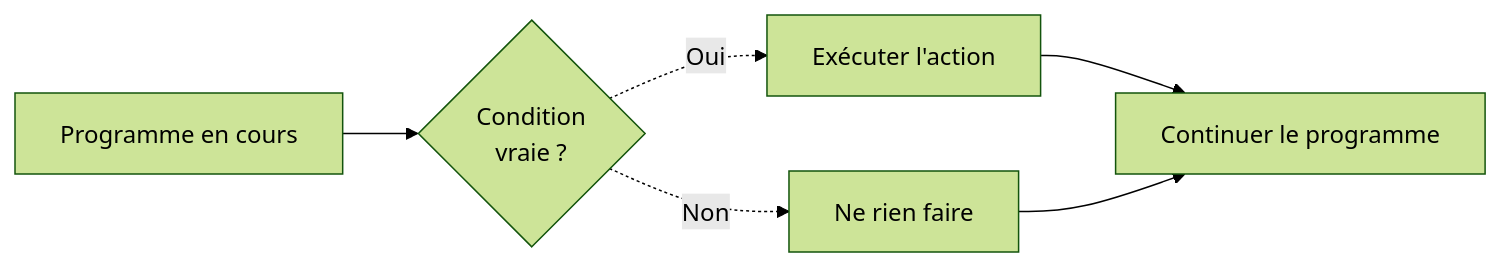
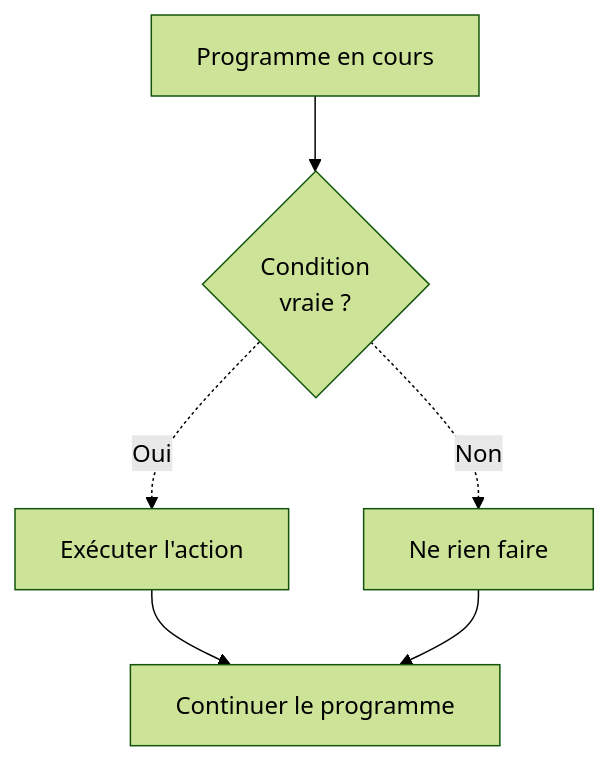
Before and after one commit to zyrass/omnydocs: the first of 3 diagrams in docs/bases/fondamentaux/logique-conditionnelle.md, drawn with Mermaid (forest theme). The commit also changed other lines of this file and 36 other files, not shown here.

````diff
--- a/docs/bases/fondamentaux/logique-conditionnelle.md
+++ b/docs/bases/fondamentaux/logique-conditionnelle.md
@@ -95,8 +107,8 @@
 ```mermaid
-graph LR
-    A[Programme en cours] --> B{Condition<br/>vraie ?}
-    B -.->|Oui| C[Exécuter l'action]
-    B -.->|Non| D[Ne rien faire]
-    C --> E[Continuer le programme]
-    D --> E
+flowchart TB
+  A["Programme en cours"] --> B{"Condition<br />vraie ?"}
+  B -.->|"Oui"| C["Exécuter l'action"]
+  B -.->|"Non"| D["Ne rien faire"]
+  C --> E["Continuer le programme"]
+  D --> E
 ```
````
